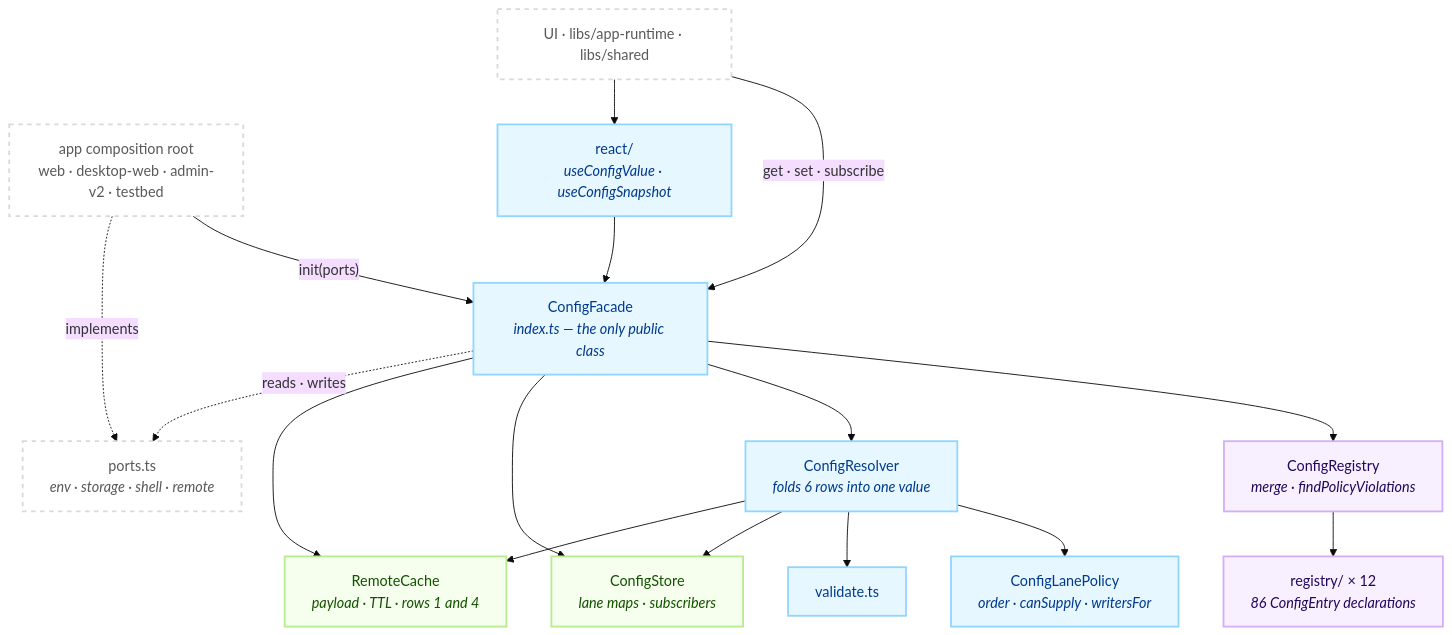
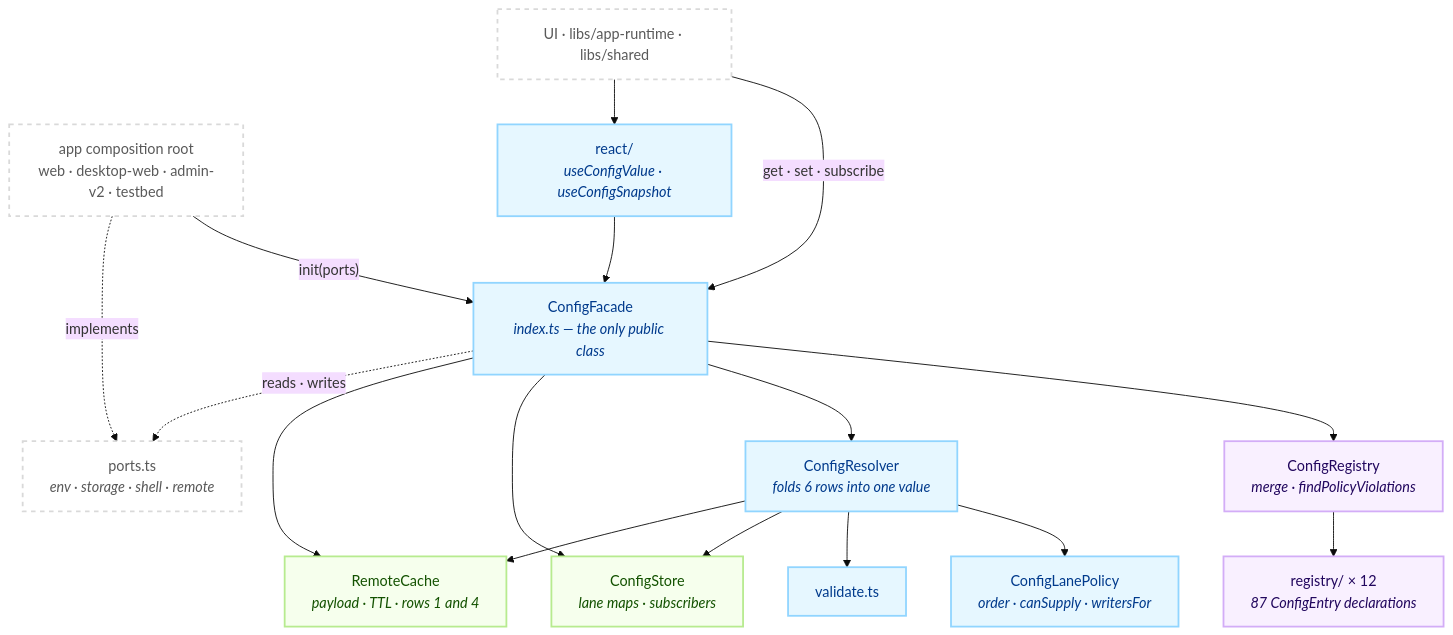
Before and after one commit to lemoncloud-io/dou-app: the first of 2 diagrams in libs/config/README.md, drawn with Mermaid (base theme). The commit also changed other lines of this file and 16 other files, not shown here.

````diff
--- a/libs/config/README.md
+++ b/libs/config/README.md
@@ -60,40 +60,40 @@
 ```mermaid
 flowchart TD
     classDef decl fill:#f9f0ff,stroke:#d3adf7,stroke-width:2px,color:#22075e;
     classDef resl fill:#e6f7ff,stroke:#91d5ff,stroke-width:2px,color:#003a8c;
     classDef hold fill:#f6ffed,stroke:#b7eb8f,stroke-width:2px,color:#135200;
     classDef ext fill:#ffffff,stroke:#d9d9d9,stroke-width:2px,color:#595959,stroke-dasharray: 5 5;
 
     App["app composition root<br/>web · desktop-web · admin-v2 · testbed"]:::ext
     UI["UI · libs/app-runtime · libs/shared"]:::ext
 
     Facade["ConfigFacade<br/><i>index.ts — the only public class</i>"]:::resl
     React["react/<br/><i>useConfigValue · useConfigSnapshot</i>"]:::resl
 
     Registry["ConfigRegistry<br/><i>merge · findPolicyViolations</i>"]:::decl
-    Modules["registry/ × 12<br/><i>86 ConfigEntry declarations</i>"]:::decl
+    Modules["registry/ × 12<br/><i>87 ConfigEntry declarations</i>"]:::decl
 
     Resolver["ConfigResolver<br/><i>folds 6 rows into one value</i>"]:::resl
     Policy["ConfigLanePolicy<br/><i>order · canSupply · writersFor</i>"]:::resl
     Validate["validate.ts"]:::resl
 
     Store["ConfigStore<br/><i>lane maps · subscribers</i>"]:::hold
     Remote["RemoteCache<br/><i>payload · TTL · rows 1 and 4</i>"]:::hold
 
     Ports["ports.ts<br/><i>env · storage · shell · remote</i>"]:::ext
 
     App -->|"init(ports)"| Facade
     UI -->|"get · set · subscribe"| Facade
     UI --> React
     React --> Facade
     Facade --> Registry --> Modules
     Facade --> Resolver
     Facade --> Store
     Facade --> Remote
     Resolver --> Policy
     Resolver --> Validate
     Resolver --> Store
     Resolver --> Remote
     Facade -.->|"reads · writes"| Ports
     App -.->|"implements"| Ports
 ```
````
